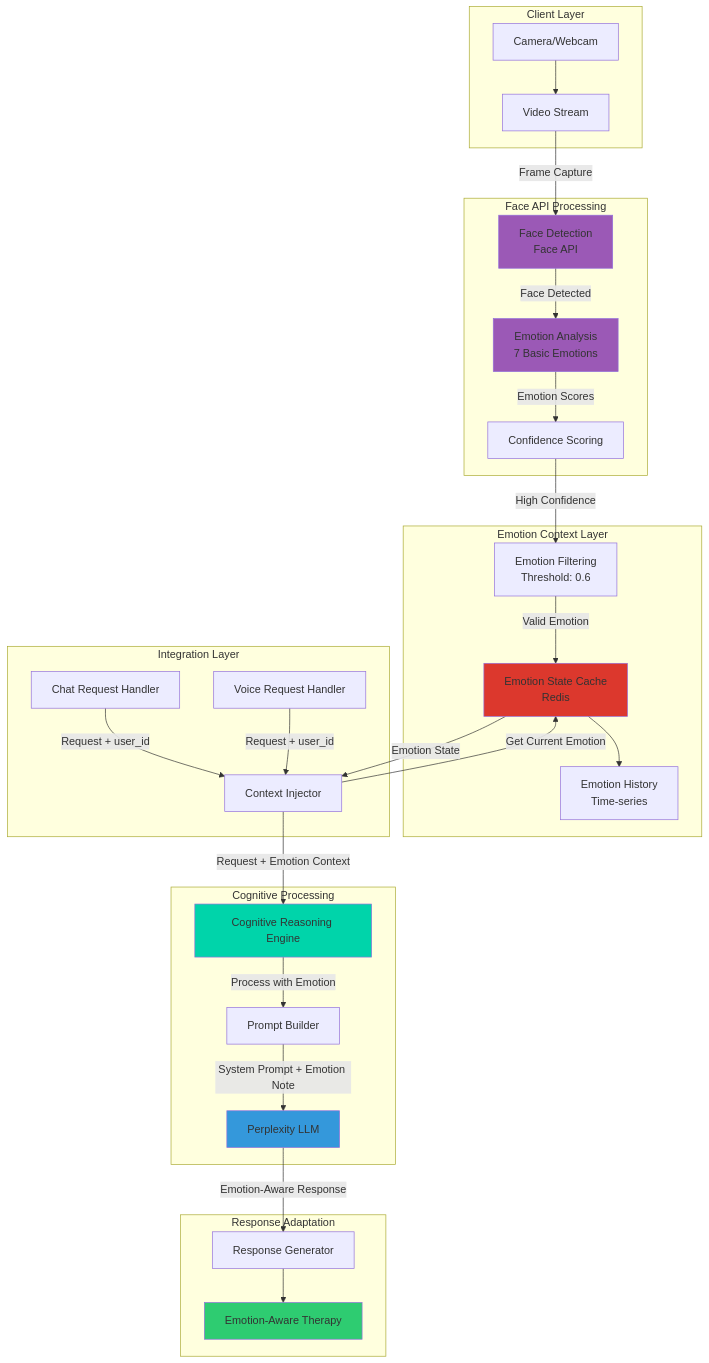
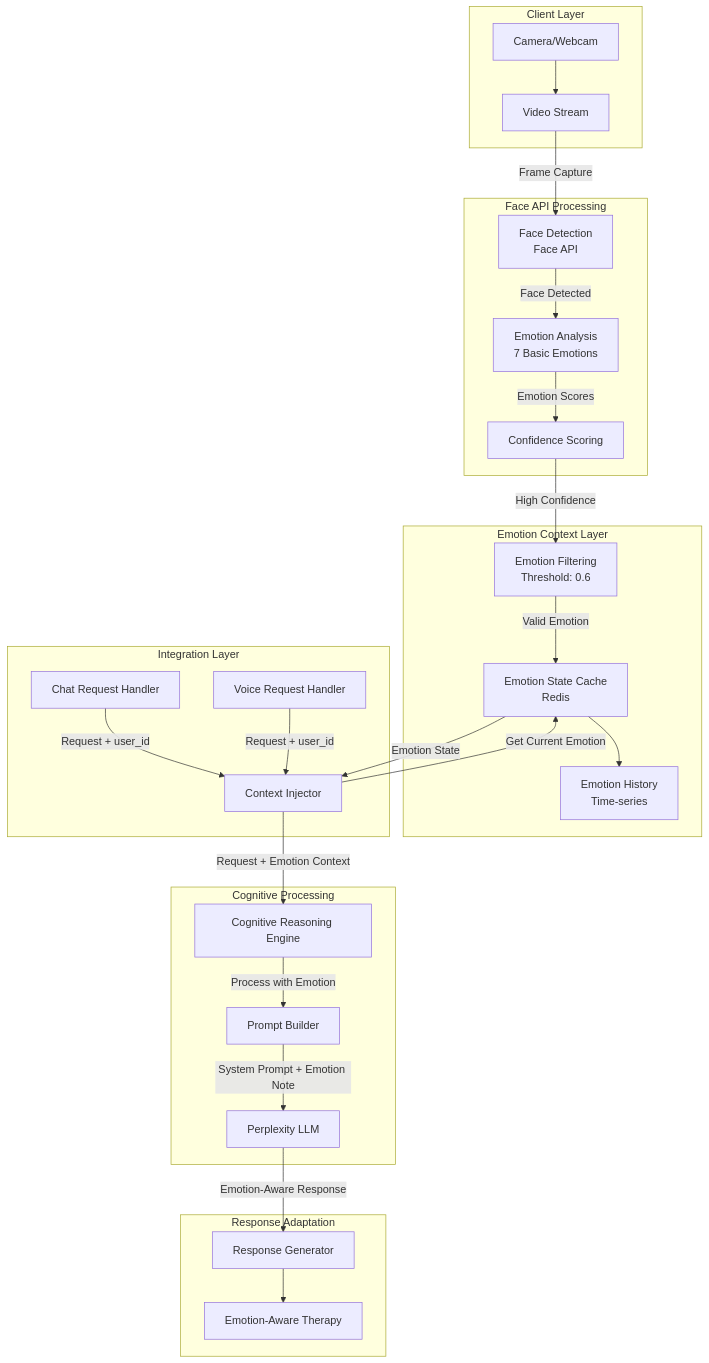
The eighth of 18 diagrams in RESEARCH.md (Shashwat-Akhilesh-Shukla/Cognitive-AI), drawn with Mermaid before and after one commit. The commit also changed other lines of this file and 4 other files, not shown here.

````diff
--- a/RESEARCH.md
+++ b/RESEARCH.md
@@ -722,65 +754,58 @@
 ```mermaid
 graph TB
     subgraph "Client Layer"
         CAMERA[Camera/Webcam]
         VIDEO_STREAM[Video Stream]
     end
     
     subgraph "Face API Processing"
         FACE_DETECT[Face Detection<br/>Face API]
         EMOTION_ANALYSIS[Emotion Analysis<br/>7 Basic Emotions]
         CONFIDENCE[Confidence Scoring]
     end
     
     subgraph "Emotion Context Layer"
         EMOTION_FILTER[Emotion Filtering<br/>Threshold: 0.6]
         EMOTION_CACHE[Emotion State Cache<br/>Redis]
         EMOTION_HISTORY[Emotion History<br/>Time-series]
     end
     
     subgraph "Integration Layer"
         CHAT_REQ[Chat Request Handler]
         VOICE_REQ[Voice Request Handler]
         EMOTION_INJECTOR[Context Injector]
     end
     
     subgraph "Cognitive Processing"
         REASONING[Cognitive Reasoning Engine]
         PROMPT_BUILDER[Prompt Builder]
         LLM[Perplexity LLM]
     end
     
     subgraph "Response Adaptation"
         RESPONSE_GEN[Response Generator]
         EMOTION_AWARE[Emotion-Aware Therapy]
     end
     
     CAMERA --> VIDEO_STREAM
     VIDEO_STREAM -->|Frame Capture| FACE_DETECT
     FACE_DETECT -->|Face Detected| EMOTION_ANALYSIS
     EMOTION_ANALYSIS -->|Emotion Scores| CONFIDENCE
     
     CONFIDENCE -->|High Confidence| EMOTION_FILTER
     EMOTION_FILTER -->|Valid Emotion| EMOTION_CACHE
     EMOTION_CACHE --> EMOTION_HISTORY
     
     CHAT_REQ -->|Request + user_id| EMOTION_INJECTOR
     VOICE_REQ -->|Request + user_id| EMOTION_INJECTOR
     
     EMOTION_INJECTOR -->|Get Current Emotion| EMOTION_CACHE
     EMOTION_CACHE -->|Emotion State| EMOTION_INJECTOR
     
     EMOTION_INJECTOR -->|Request + Emotion Context| REASONING
     REASONING -->|Process with Emotion| PROMPT_BUILDER
     
     PROMPT_BUILDER -->|System Prompt + Emotion Note| LLM
     LLM -->|Emotion-Aware Response| RESPONSE_GEN
     RESPONSE_GEN --> EMOTION_AWARE
-    
-    style FACE_DETECT fill:#9b59b6
-    style EMOTION_ANALYSIS fill:#9b59b6
-    style EMOTION_CACHE fill:#dc382d
-    style REASONING fill:#00d4aa
-    style LLM fill:#3498db
-    style EMOTION_AWARE fill:#2ecc71
 ```
````
